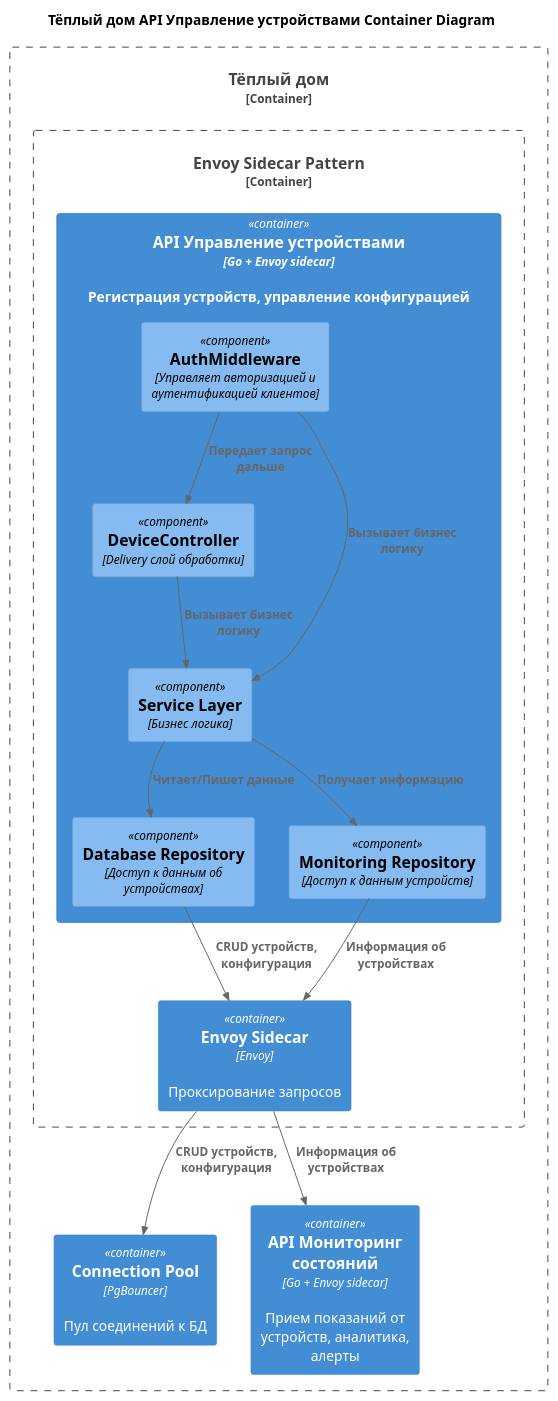
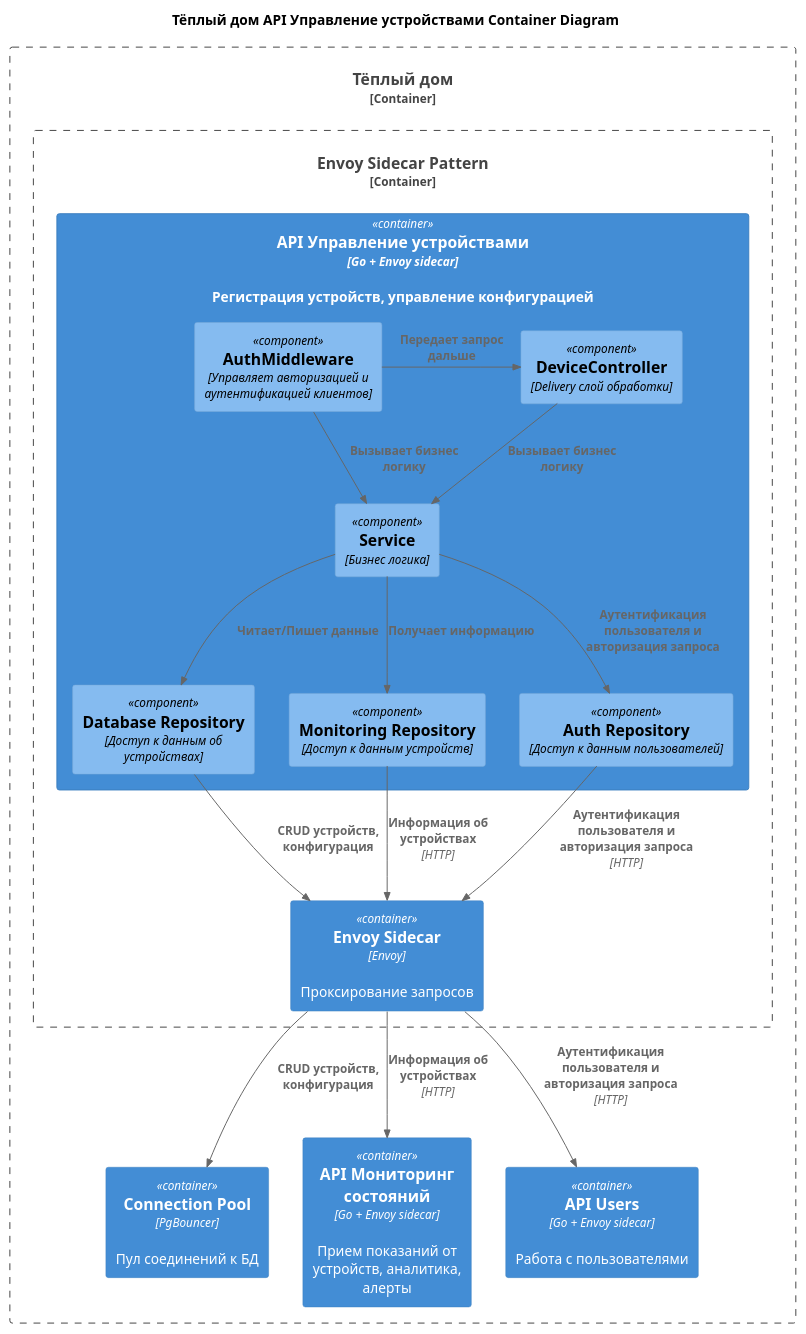
The third of 5 diagrams in README.md (egorgasay/architecture-pro-warmhouse), drawn with PlantUML before and after one commit. The commit also changed other lines of this file, not shown here.

````diff
--- a/README.md
+++ b/README.md
@@ -164,44 +168,49 @@
 ```plantuml
 @startuml
 
 title Тёплый дом API Управление устройствами Container Diagram
 
 top to bottom direction
 
 !includeurl https://raw.githubusercontent.com/RicardoNiepel/C4-PlantUML/master/C4_Component.puml
 
 
 Container_Boundary(WarmHouseSystem, "Тёплый дом") {
 	Container_Boundary(ServiceMesh, "Envoy Sidecar Pattern") {
 		Container(SensorsAPI, "API Управление устройствами", "Go + Envoy sidecar", "Регистрация устройств, управление конфигурацией") {
-			Component(AuthController, "AuthMiddleware", "Управляет авторизацией и аутентификацией клиентов")
+			Component(AuthMiddleware, "AuthMiddleware", "Управляет авторизацией и аутентификацией клиентов")
 			Component(DeviceController, "DeviceController", "Delivery слой обработки")
-			Component(ServiceLayer, "Service Layer", "Бизнес логика")
-			Component(DatabaseRepositoryLayer, "Database Repository", "Доступ к данным об устройствах")
-			Component(MonitoringRepositoryLayer, "Monitoring Repository", "Доступ к данным устройств")
+			Component(Service, "Service", "Бизнес логика")
+			Component(DatabaseRepository, "Database Repository", "Доступ к данным об устройствах")
+			Component(MonitoringRepository, "Monitoring Repository", "Доступ к данным устройств")
+			Component(AuthRepository, "Auth Repository", "Доступ к данным пользователей")
 		}
 		Container(EnvoySidecar, "Envoy Sidecar", "Envoy", "Проксирование запросов")
 	}
 	
 	Container(PgBouncer, "Connection Pool", "PgBouncer", "Пул соединений к БД")
 	Container(StateMonitoringAPI, "API Мониторинг состояний", "Go + Envoy sidecar", "Прием показаний от устройств, аналитика, алерты")
+	Container(UsersAPI, "API Users", "Go + Envoy sidecar", "Работа с пользователями")
 }
 
 
 ' Обращения внутри сервиса
-Rel(AuthController, DeviceController, "Передает запрос дальше")
-Rel(DeviceController, ServiceLayer, "Вызывает бизнес логику")
-Rel(ServiceLayer, DatabaseRepositoryLayer, "Читает/Пишет данные")
-Rel(ServiceLayer, MonitoringRepositoryLayer, "Получает информацию")
-Rel(AuthController, ServiceLayer, "Вызывает бизнес логику")
+Rel_R(AuthMiddleware, DeviceController, "Передает запрос дальше")
+Rel(DeviceController, Service, "Вызывает бизнес логику")
+Rel(Service, DatabaseRepository, "Читает/Пишет данные")
+Rel(Service, MonitoringRepository, "Получает информацию")
+Rel(AuthMiddleware, Service, "Вызывает бизнес логику")
+Rel(Service, AuthRepository, "Аутентификация пользователя и авторизация запроса")
 
 ' Database
-Rel(DatabaseRepositoryLayer, EnvoySidecar, "CRUD устройств, конфигурация")
+Rel(DatabaseRepository, EnvoySidecar, "CRUD устройств, конфигурация")
 Rel(EnvoySidecar, PgBouncer, "CRUD устройств, конфигурация")
 
 ' API
-Rel(MonitoringRepositoryLayer, EnvoySidecar, "Информация об устройствах")
-Rel(EnvoySidecar, StateMonitoringAPI, "Информация об устройствах")
+Rel(MonitoringRepository, EnvoySidecar, "Информация об устройствах", "HTTP")
+Rel(EnvoySidecar, StateMonitoringAPI, "Информация об устройствах", "HTTP")
+Rel(AuthRepository, EnvoySidecar, "Аутентификация пользователя и авторизация запроса", "HTTP")
+Rel(EnvoySidecar, UsersAPI, "Аутентификация пользователя и авторизация запроса", "HTTP")
 
 @enduml
 ```
````
